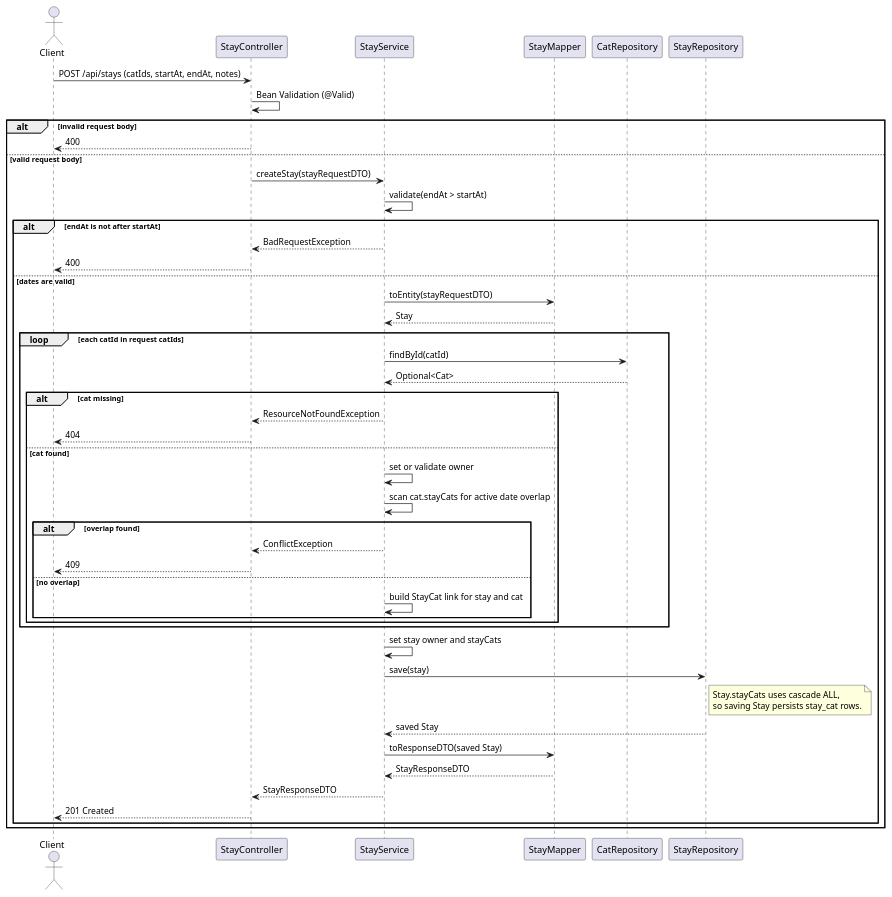
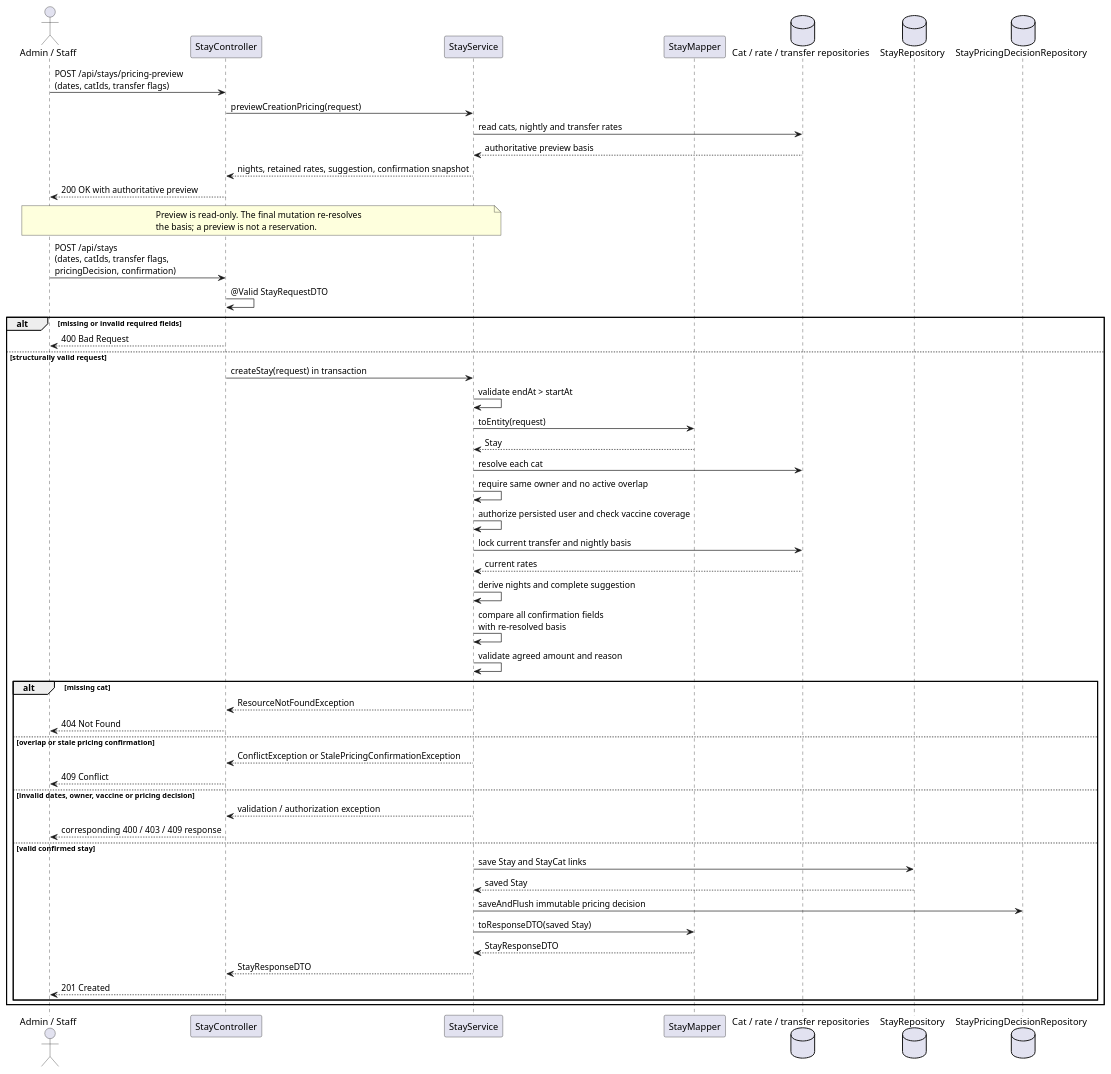
The diagram in docs/uml/04-sequence-create-stay.puml (TheZenithPassage/catworld), drawn with PlantUML before and after one commit. The commit also changed 9 other files, not shown here.

Commit message:
docs: prepare CatWorld v1.2.0 architecture and operations (#436)

```diff
--- a/docs/uml/04-sequence-create-stay.puml
+++ b/docs/uml/04-sequence-create-stay.puml
@@ -1,59 +1,59 @@
 @startuml
-actor Client as client
+actor "Admin / Staff" as client
 participant "StayController" as controller
 participant "StayService" as service
 participant "StayMapper" as mapper
-participant "CatRepository" as catRepo
-participant "StayRepository" as stayRepo
+database "Cat / rate / transfer repositories" as basisRepo
+database "StayRepository" as stayRepo
+database "StayPricingDecisionRepository" as auditRepo
 
-client -> controller: POST /api/stays (catIds, startAt, endAt, notes)
-controller -> controller: Bean Validation (@Valid)
+client -> controller: POST /api/stays/pricing-preview\n(dates, catIds, transfer flags)
+controller -> service: previewCreationPricing(request)
+service -> basisRepo: read cats, nightly and transfer rates
+basisRepo --> service: authoritative preview basis
+service --> controller: nights, retained rates, suggestion, confirmation snapshot
+controller --> client: 200 OK with authoritative preview
+note over client,service
+Preview is read-only. The final mutation re-resolves
+the basis; a preview is not a reservation.
+end note
 
-alt invalid request body
-  controller --> client: 400
-else valid request body
-  controller -> service: createStay(stayRequestDTO)
-  service -> service: validate(endAt > startAt)
+client -> controller: POST /api/stays\n(dates, catIds, transfer flags,\npricingDecision, confirmation)
+controller -> controller: @Valid StayRequestDTO
+alt missing or invalid required fields
+  controller --> client: 400 Bad Request
+else structurally valid request
+  controller -> service: createStay(request) in transaction
+  service -> service: validate endAt > startAt
+  service -> mapper: toEntity(request)
+  mapper --> service: Stay
+  service -> basisRepo: resolve each cat
+  service -> service: require same owner and no active overlap
+  service -> service: authorize persisted user and check vaccine coverage
+  service -> basisRepo: lock current transfer and nightly basis
+  basisRepo --> service: current rates
+  service -> service: derive nights and complete suggestion
+  service -> service: compare all confirmation fields\nwith re-resolved basis
+  service -> service: validate agreed amount and reason
 
-  alt endAt is not after startAt
-    service --> controller: BadRequestException
-    controller --> client: 400
-  else dates are valid
-    service -> mapper: toEntity(stayRequestDTO)
-    mapper --> service: Stay
-
-    loop each catId in request catIds
-      service -> catRepo: findById(catId)
-      catRepo --> service: Optional<Cat>
-
-      alt cat missing
-        service --> controller: ResourceNotFoundException
-        controller --> client: 404
-      else cat found
-        service -> service: set or validate owner
-        service -> service: scan cat.stayCats for active date overlap
-
-        alt overlap found
-          service --> controller: ConflictException
-          controller --> client: 409
-        else no overlap
-          service -> service: build StayCat link for stay and cat
-        end
-      end
-    end
-
-    service -> service: set stay owner and stayCats
-    service -> stayRepo: save(stay)
-    note right of stayRepo
-      Stay.stayCats uses cascade ALL,
-      so saving Stay persists stay_cat rows.
-    end note
+  alt missing cat
+    service --> controller: ResourceNotFoundException
+    controller --> client: 404 Not Found
+  else overlap or stale pricing confirmation
+    service --> controller: ConflictException or StalePricingConfirmationException
+    controller --> client: 409 Conflict
+  else invalid dates, owner, vaccine or pricing decision
+    service --> controller: validation / authorization exception
+    controller --> client: corresponding 400 / 403 / 409 response
+  else valid confirmed stay
+    service -> stayRepo: save Stay and StayCat links
     stayRepo --> service: saved Stay
+    service -> auditRepo: saveAndFlush immutable pricing decision
     service -> mapper: toResponseDTO(saved Stay)
     mapper --> service: StayResponseDTO
     service --> controller: StayResponseDTO
     controller --> client: 201 Created
   end
 end
 
 @enduml
```
